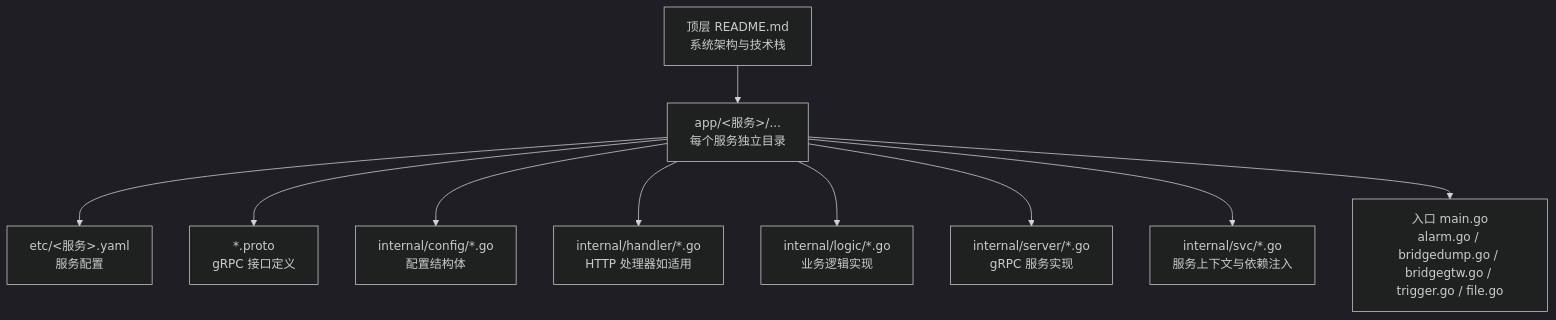
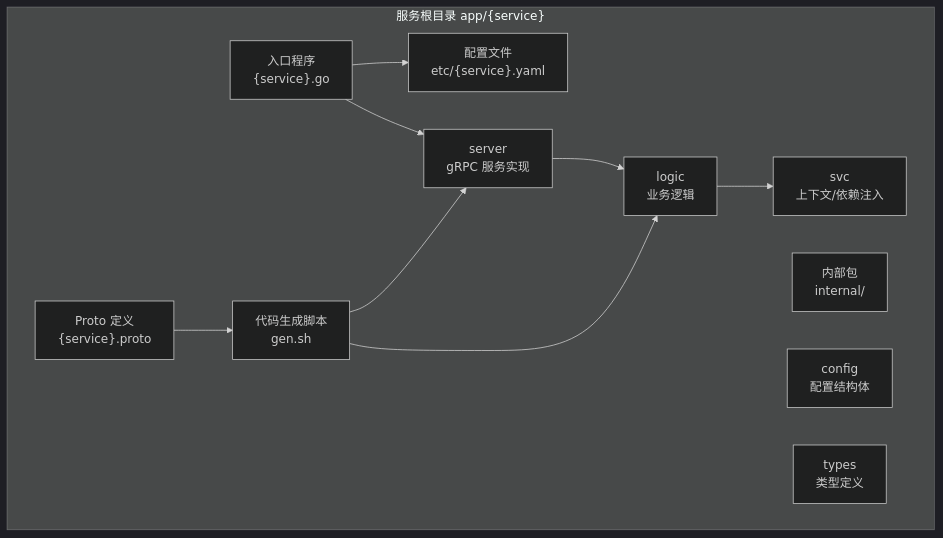
Before and after one commit to maomao94/zero-service: the first of 4 diagrams in .qoder/repowiki/zh/content/开发指南/服务开发流程.md, drawn with Mermaid (dark theme). The commit also changed other lines of this file and 362 other files, not shown here.

````diff
--- a/.qoder/repowiki/zh/content/开发指南/服务开发流程.md
+++ b/.qoder/repowiki/zh/content/开发指南/服务开发流程.md
@@ -47,12 +46,22 @@
 ```mermaid
 graph TB
-A["顶层 README.md<br/>系统架构与技术栈"] --> B["app/<服务>/...<br/>每个服务独立目录"]
-B --> C["etc/<服务>.yaml<br/>服务配置"]
-B --> D["*.proto<br/>gRPC 接口定义"]
-B --> E["internal/config/*.go<br/>配置结构体"]
-B --> F["internal/handler/*.go<br/>HTTP 处理器如适用"]
-B --> G["internal/logic/*.go<br/>业务逻辑实现"]
-B --> H["internal/server/*.go<br/>gRPC 服务实现"]
-B --> I["internal/svc/*.go<br/>服务上下文与依赖注入"]
-B --> J["入口 main.go<br/>alarm.go / bridgedump.go / bridgegtw.go / trigger.go / file.go"]
+subgraph "服务根目录 app/{service}"
+A["入口程序<br/>{service}.go"]
+B["配置文件<br/>etc/{service}.yaml"]
+C["Proto 定义<br/>{service}.proto"]
+D["代码生成脚本<br/>gen.sh"]
+E["内部包<br/>internal/"]
+E1["config<br/>配置结构体"]
+E2["server<br/>gRPC 服务实现"]
+E3["logic<br/>业务逻辑"]
+E4["svc<br/>上下文/依赖注入"]
+E5["types<br/>类型定义"]
+end
+A --> B
+A --> E2
+E2 --> E3
+E3 --> E4
+C --> D
+D --> E2
+D --> E3
 ```
````
